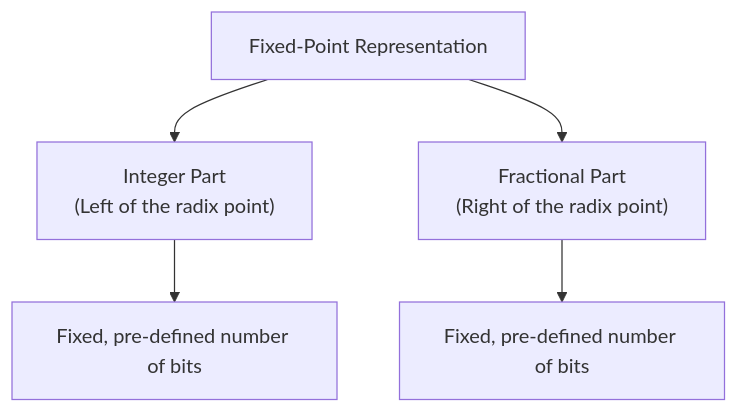
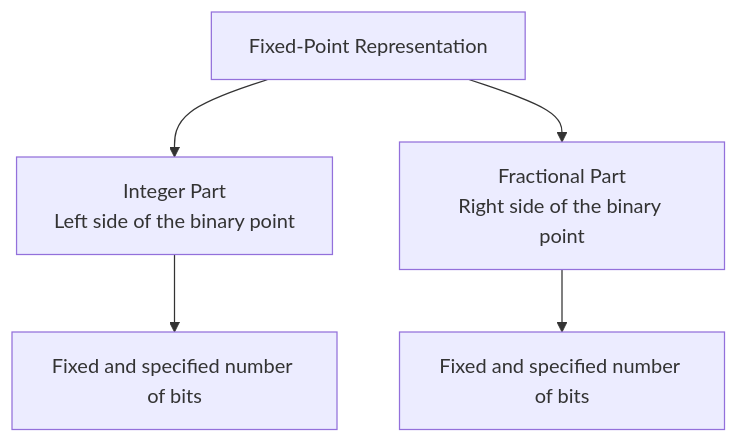
Before and after one commit to Mohammad-Khoshroo/number-systems: the first of 12 diagrams in FXP/FXP.md, drawn with Mermaid. The commit also changed other lines of this file and 1 other file, not shown here.

````diff
--- a/FXP/FXP.md
+++ b/FXP/FXP.md
@@ -21,7 +21,7 @@
 ```mermaid
 flowchart TD
-    A[Fixed-Point Representation] --> B["Integer Part<br/>(Left of the radix point)"]
-    A --> C["Fractional Part<br/>(Right of the radix point)"]
-    B --> D["Fixed, pre-defined number of bits"]
-    C --> E["Fixed, pre-defined number of bits"]
+    A[Fixed-Point Representation] --> B["Integer Part<br/>Left side of the binary point"]
+    A --> C["Fractional Part<br/>Right side of the binary point"]
+    B --> D["Fixed and specified number of bits"]
+    C --> E["Fixed and specified number of bits"]
 ```
````
